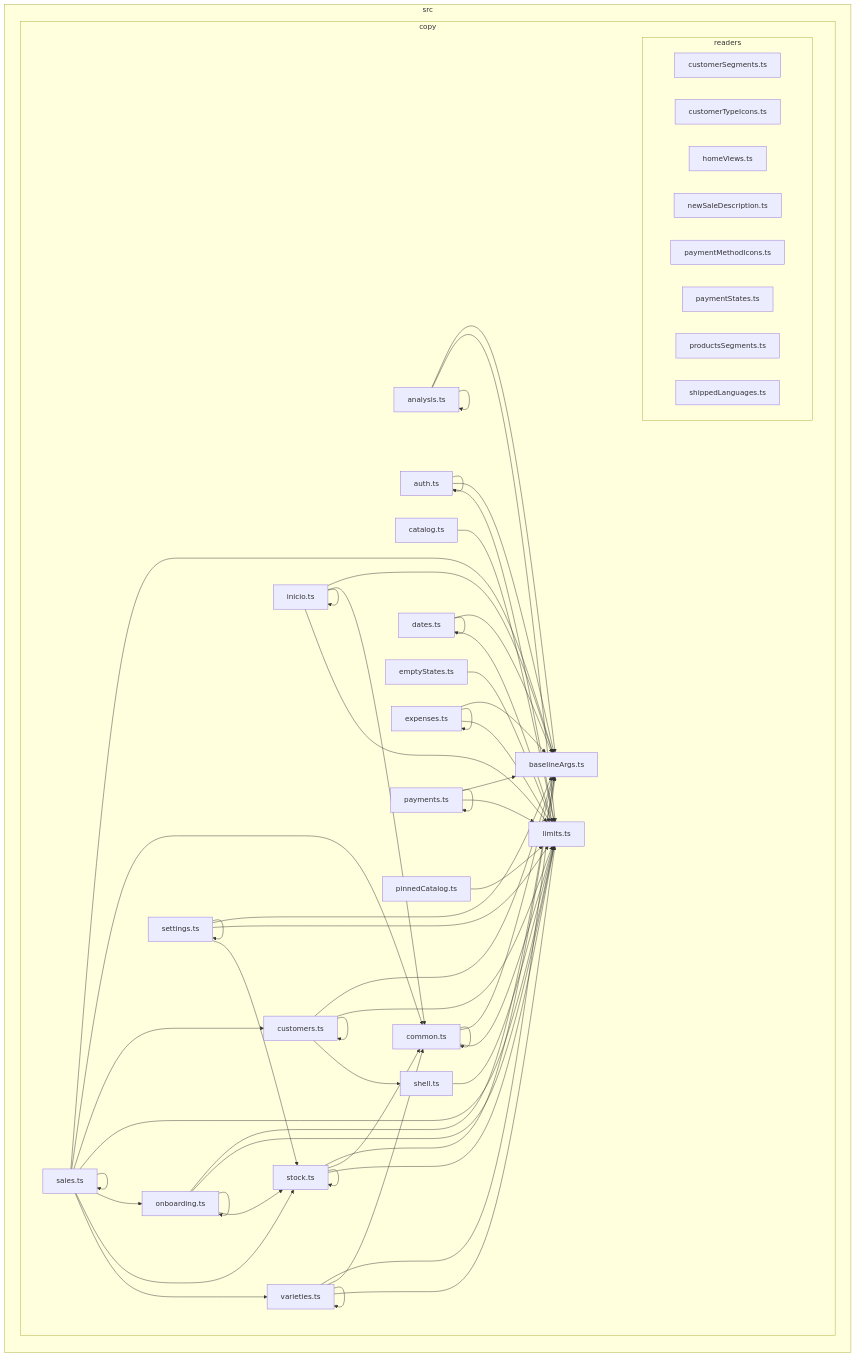
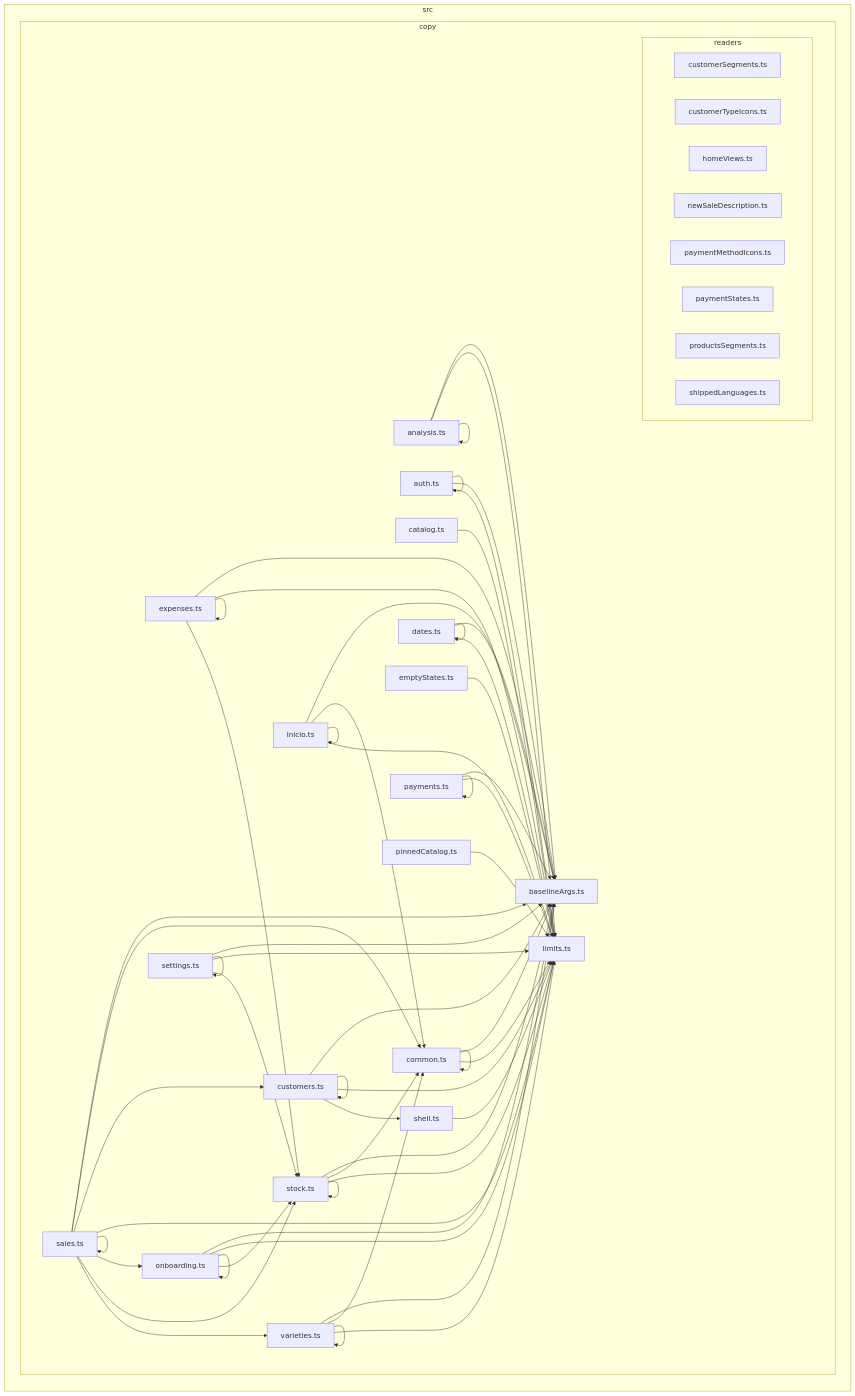
The diagram in docs/architecture/generated/front-modules/copy.md (GonzaloZevallos/apostrophe), drawn with Mermaid before and after one commit.

Commit message:
chore(docs): regenerate [skip ci]

```diff
--- a/docs/architecture/generated/front-modules/copy.md
+++ b/docs/architecture/generated/front-modules/copy.md
@@ -60,6 +60,7 @@
 src_copy_expenses_ts-->src_copy_baselineArgs_ts
 src_copy_expenses_ts-->src_copy_expenses_ts
 src_copy_expenses_ts-->src_copy_limits_ts
+src_copy_expenses_ts-->src_copy_stock_ts
 src_copy_inicio_ts-->src_copy_baselineArgs_ts
 src_copy_inicio_ts-->src_copy_common_ts
 src_copy_inicio_ts-->src_copy_inicio_ts
```
